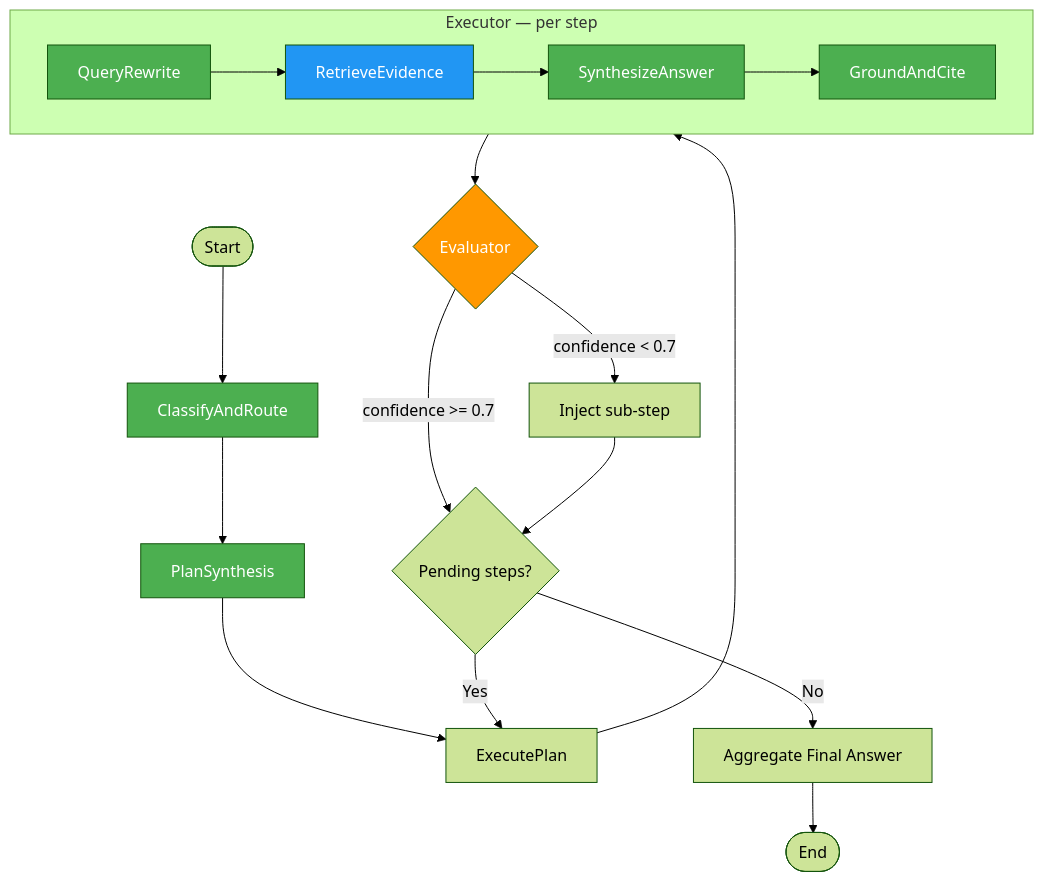
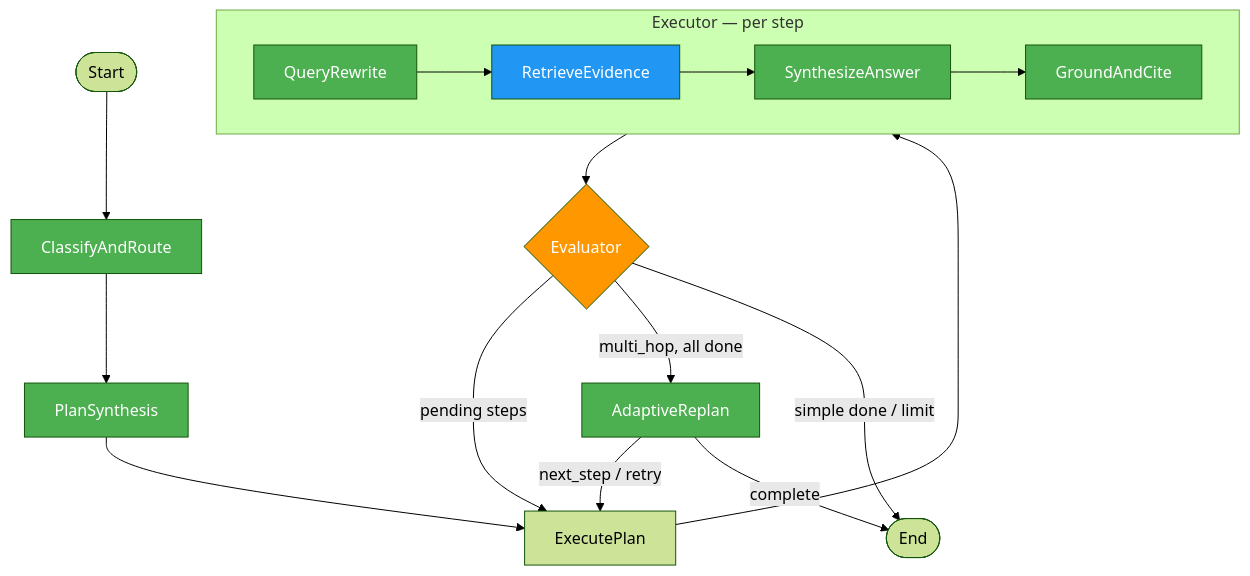
The first of 2 diagrams in ARCHITECTURE.md (1hamzaiqbal/LegalRagAgent), drawn with Mermaid (forest theme) before and after one commit. The commit also changed other lines of this file and 7 other files, not shown here.

````diff
--- a/ARCHITECTURE.md
+++ b/ARCHITECTURE.md
@@ -5,29 +5,29 @@
 ```mermaid
 flowchart TD
     START([Start]) --> CLASSIFY[ClassifyAndRoute]
     CLASSIFY --> PLAN[PlanSynthesis]
     PLAN --> EXEC[ExecutePlan]
 
     subgraph EXEC_SUB [Executor — per step]
         QR[QueryRewrite] --> RET[RetrieveEvidence]
         RET --> SYN[SynthesizeAnswer]
         SYN --> GC[GroundAndCite]
     end
 
     EXEC --> EXEC_SUB
     EXEC_SUB --> EVAL{Evaluator}
-    EVAL -->|confidence >= 0.7| CHECK{Pending steps?}
-    EVAL -->|confidence < 0.7| INJECT[Inject sub-step]
-    INJECT --> CHECK
-    CHECK -->|Yes| EXEC
-    CHECK -->|No| AGG[Aggregate Final Answer]
-    AGG --> DONE([End])
+    EVAL -->|pending steps| EXEC
+    EVAL -->|multi_hop, all done| REPLAN[AdaptiveReplan]
+    EVAL -->|simple done / limit| DONE([End])
+    REPLAN -->|next_step / retry| EXEC
+    REPLAN -->|complete| DONE
 
     style CLASSIFY fill:#4CAF50,color:#fff
     style PLAN fill:#4CAF50,color:#fff
     style QR fill:#4CAF50,color:#fff
     style SYN fill:#4CAF50,color:#fff
     style GC fill:#4CAF50,color:#fff
+    style REPLAN fill:#4CAF50,color:#fff
     style RET fill:#2196F3,color:#fff
     style EVAL fill:#FF9800,color:#fff
 ```
````
